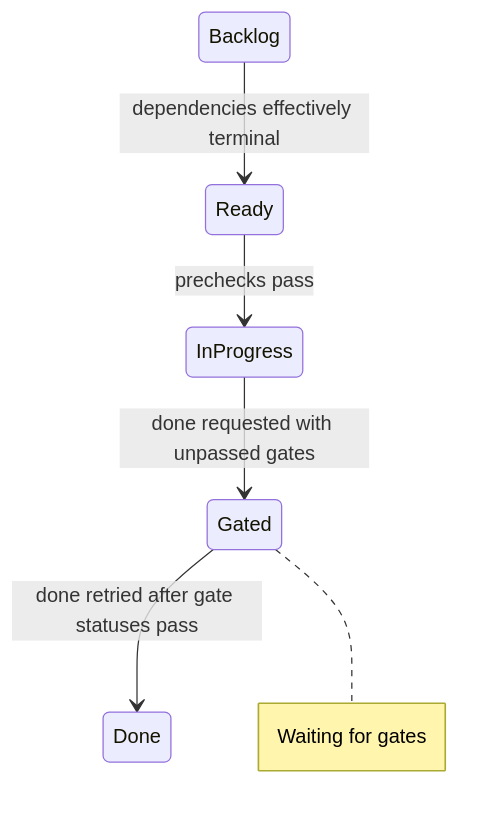
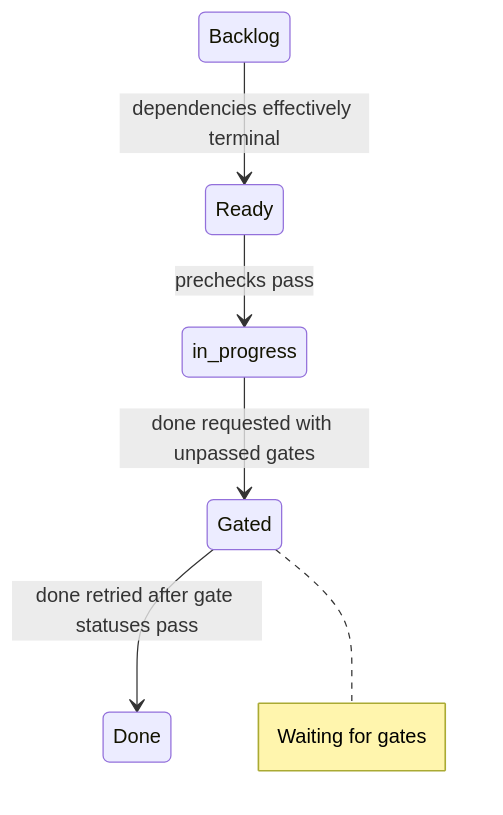
Before and after one commit to erankavija/just-in-time: the sixth of 9 diagrams in docs/concepts/core-model.md, drawn with Mermaid. The commit also changed other lines of this file and 26 other files, not shown here.

````diff
--- a/docs/concepts/core-model.md
+++ b/docs/concepts/core-model.md
@@ -695,10 +695,10 @@
 ```mermaid
 stateDiagram-v2
     Backlog --> Ready: dependencies effectively terminal
-    Ready --> InProgress: prechecks pass
-    InProgress --> Gated: done requested with unpassed gates
+    Ready --> in_progress: prechecks pass
+    in_progress --> Gated: done requested with unpassed gates
     Gated --> Done: done retried after gate statuses pass
     note right of Gated
         Waiting for gates
     end note
 ```
````
